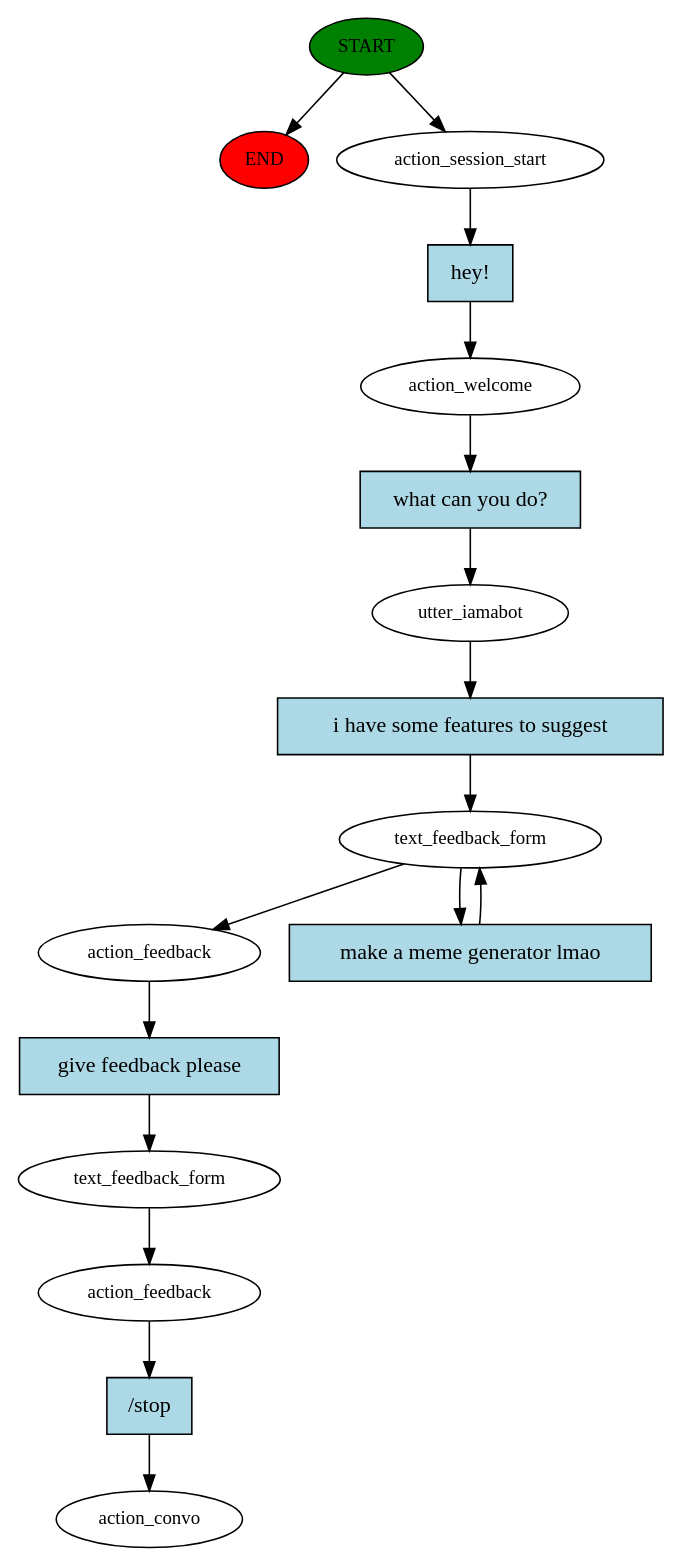
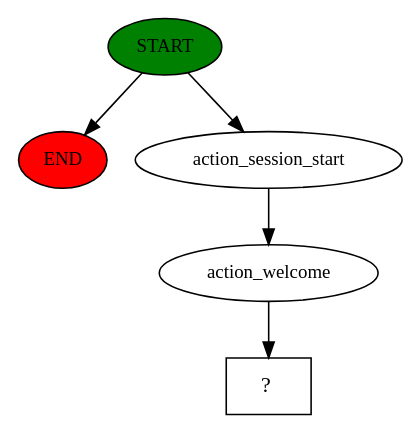
One commit to bryanlowcc/doanythingbot changed the diagram in story_graph.dot. Above: the diagram before and after it, drawn with Graphviz. The commit also changed 8 other files, not shown here.

```diff
--- a/story_graph.dot
+++ b/story_graph.dot
@@ -1,34 +1,11 @@
 digraph  {
 0 [class="start active", fillcolor=green, fontsize=12, label=START, style=filled];
 "-1" [class=end, fillcolor=red, fontsize=12, label=END, style=filled];
 1 [class=active, fontsize=12, label=action_session_start];
 2 [class=active, fontsize=12, label=action_welcome];
-3 [class=active, fontsize=12, label=utter_iamabot];
-4 [class=active, fontsize=12, label=text_feedback_form];
-6 [class=active, fontsize=12, label=action_feedback];
-7 [class=active, fontsize=12, label=text_feedback_form];
-8 [class=active, fontsize=12, label=action_feedback];
-9 [class="dashed active", fontsize=12, label=action_convo];
-10 [class="intent active", fillcolor=lightblue, label="hey!", shape=rect, style=filled];
-11 [class="intent active", fillcolor=lightblue, label="what can you do?", shape=rect, style=filled];
-12 [class="intent active", fillcolor=lightblue, label="i have some features to suggest", shape=rect, style=filled];
-13 [class="intent active", fillcolor=lightblue, label="make a meme generator lmao", shape=rect, style=filled];
-14 [class="intent active", fillcolor=lightblue, label="give feedback please", shape=rect, style=filled];
-15 [class="intent active", fillcolor=lightblue, label="/stop", shape=rect, style=filled];
+3 [class="intent dashed active", label="  ?  ", shape=rect];
 0 -> "-1"  [class="", key=NONE, label=""];
 0 -> 1  [class=active, key=NONE, label=""];
-1 -> 10  [class=active, key=0];
-2 -> 11  [class=active, key=0];
-3 -> 12  [class=active, key=0];
-4 -> 6  [class=active, key=NONE, label=""];
-4 -> 13  [class=active, key=0];
-6 -> 14  [class=active, key=0];
-7 -> 8  [class=active, key=NONE, label=""];
-8 -> 15  [class=active, key=0];
-10 -> 2  [class=active, key=0];
-11 -> 3  [class=active, key=0];
-12 -> 4  [class=active, key=0];
-13 -> 4  [class=active, key=0];
-14 -> 7  [class=active, key=0];
-15 -> 9  [class=active, key=0];
+1 -> 2  [class=active, key=NONE, label=""];
+2 -> 3  [class=active, key=NONE, label=""];
 }
```
